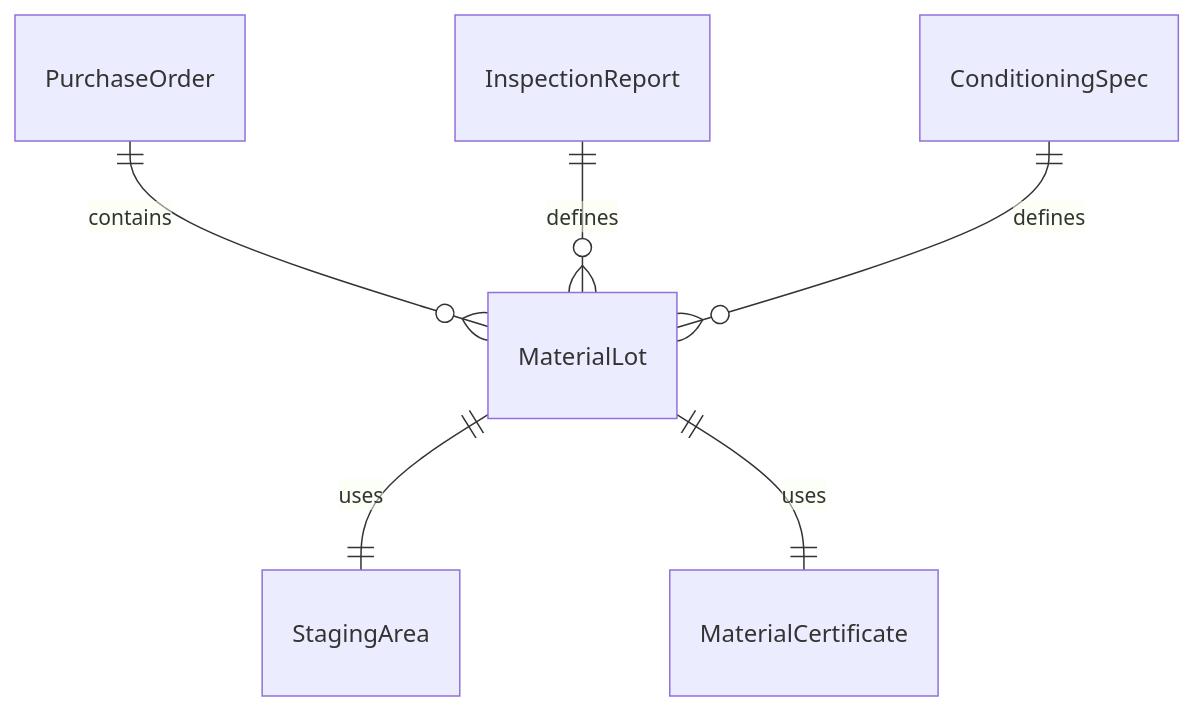
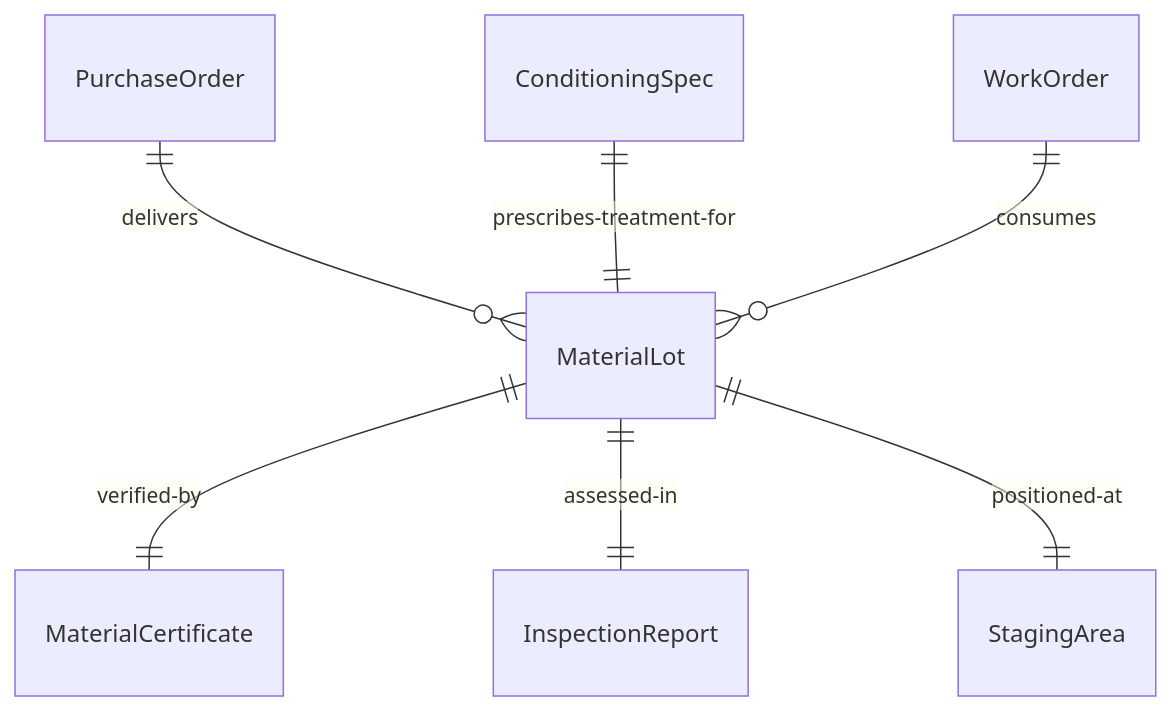
One commit to dot-org-ai/tasks.org.ai changed the first of 4 diagrams in HandlingAndMovingObjects/PrepareIndustrialMaterialsForProcessingOrUse/PrepareMaterialsProcessing.mdx. Above: the diagram before and after it, drawn with Mermaid. The commit also changed other lines of this file and 515 other files, not shown here.

````diff
--- a/HandlingAndMovingObjects/PrepareIndustrialMaterialsForProcessingOrUse/PrepareMaterialsProcessing.mdx
+++ b/HandlingAndMovingObjects/PrepareIndustrialMaterialsForProcessingOrUse/PrepareMaterialsProcessing.mdx
@@ -89,8 +89,9 @@
 ```mermaid
 erDiagram
-    PurchaseOrder ||--o{ MaterialLot : "contains"
-    InspectionReport ||--o{ MaterialLot : "defines"
-    MaterialLot ||--|| StagingArea : "uses"
-    ConditioningSpec ||--o{ MaterialLot : "defines"
-    MaterialLot ||--|| MaterialCertificate : "uses"
+    PurchaseOrder ||--o{ MaterialLot : "delivers"
+    MaterialLot ||--|| MaterialCertificate : "verified-by"
+    MaterialLot ||--|| InspectionReport : "assessed-in"
+    ConditioningSpec ||--|| MaterialLot : "prescribes-treatment-for"
+    MaterialLot ||--|| StagingArea : "positioned-at"
+    WorkOrder ||--o{ MaterialLot : "consumes"
 ```
````
